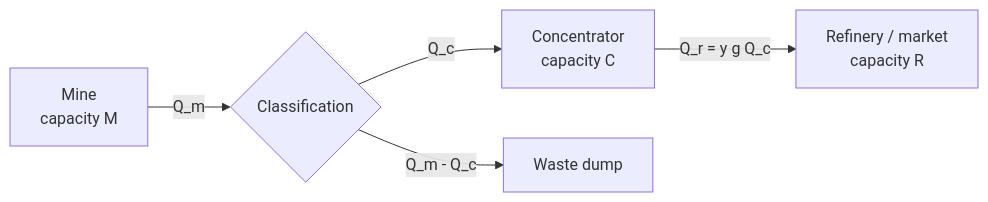
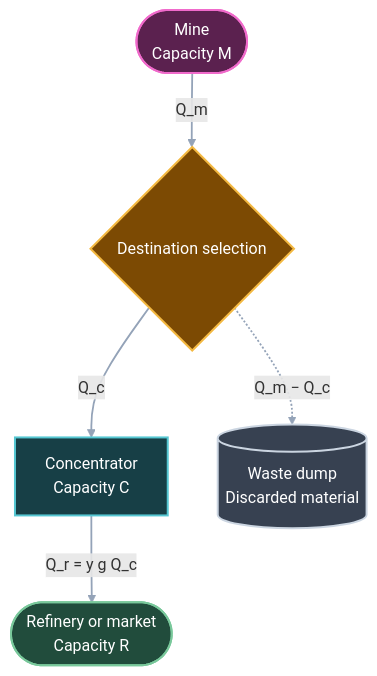
The diagram in en/articles/cutoff-grades-lane-vickers/index.qmd (nerdyminer/nerdyminer.github.io), drawn with Mermaid before and after one commit. The commit also changed 135 other files, not shown here.

````diff
--- a/en/articles/cutoff-grades-lane-vickers/index.qmd
+++ b/en/articles/cutoff-grades-lane-vickers/index.qmd
@@ -89,9 +89,29 @@
 ```{mermaid}
 %%| label: fig-lane-vickers-01
 %%| fig-cap: 'Minimum representation of the mine-concentration-refinery complex. Each arc carries mass or metal and each node can impose a capacity restriction. We note that the name "concentrator" and "refinery" are only illustrative and we can exchange them for processes associated with a hydrometallurgical processing line (for example, mine-leaching-SX-EW).'
-flowchart LR
-    A[Mine<br/>capacity M] -->|Q_m| B{Classification}
-    B -->|Q_c| C[Concentrator<br/>capacity C]
-    B -->|Q_m - Q_c| D[Waste dump]
-    C -->|Q_r = y g Q_c| E[Refinery / market<br/>capacity R]
+flowchart TB
+    A(["Mine<br/>Capacity M"])
+    B{"Destination selection"}
+    C["Concentrator<br/>Capacity C"]
+    D[("Waste dump<br/>Discarded material")]
+    E(["Refinery or market<br/>Capacity R"])
+
+    A -->|Q_m| B
+    B -->|Q_c| C
+    C -->|Q_r = y g Q_c| E
+    B -. "Q_m − Q_c" .-> D
+
+    classDef mine fill:#5B214F,stroke:#F06ACB,stroke-width:2px,color:#FFFFFF
+    classDef decision fill:#7C4A03,stroke:#F4B942,stroke-width:2px,color:#FFFFFF
+    classDef process fill:#173F46,stroke:#55C7D2,stroke-width:2px,color:#FFFFFF
+    classDef product fill:#214C3C,stroke:#79C89B,stroke-width:2px,color:#FFFFFF
+    classDef waste fill:#374151,stroke:#CBD5E1,stroke-width:2px,color:#FFFFFF
+
+    class A mine
+    class B decision
+    class C process
+    class E product
+    class D waste
+
+    linkStyle default stroke:#94A3B8,stroke-width:1.8px
 ```
````
